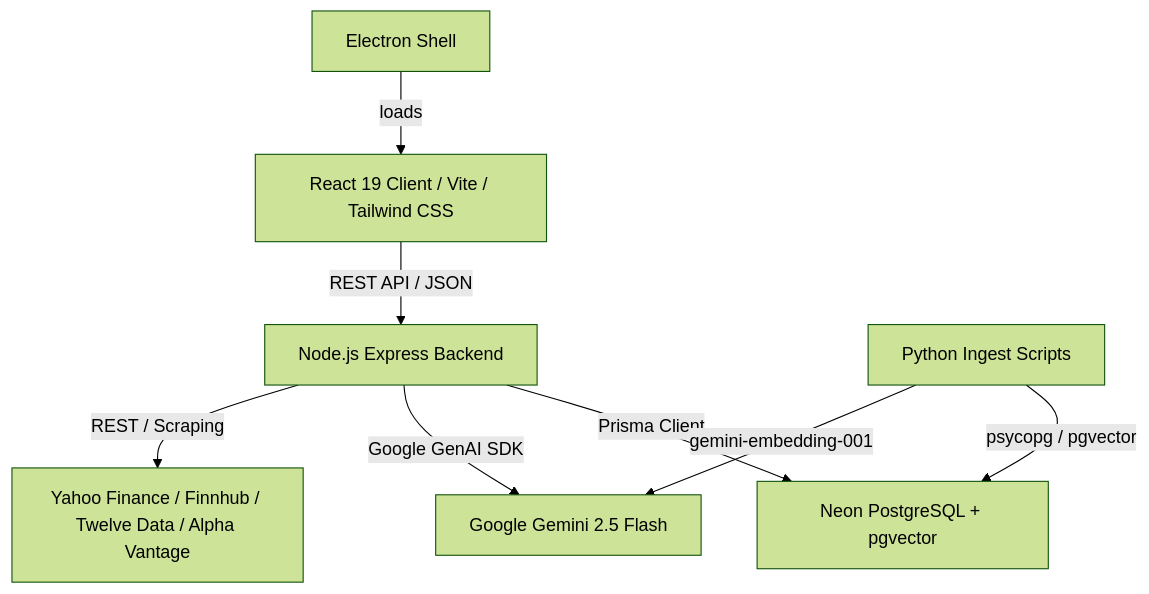
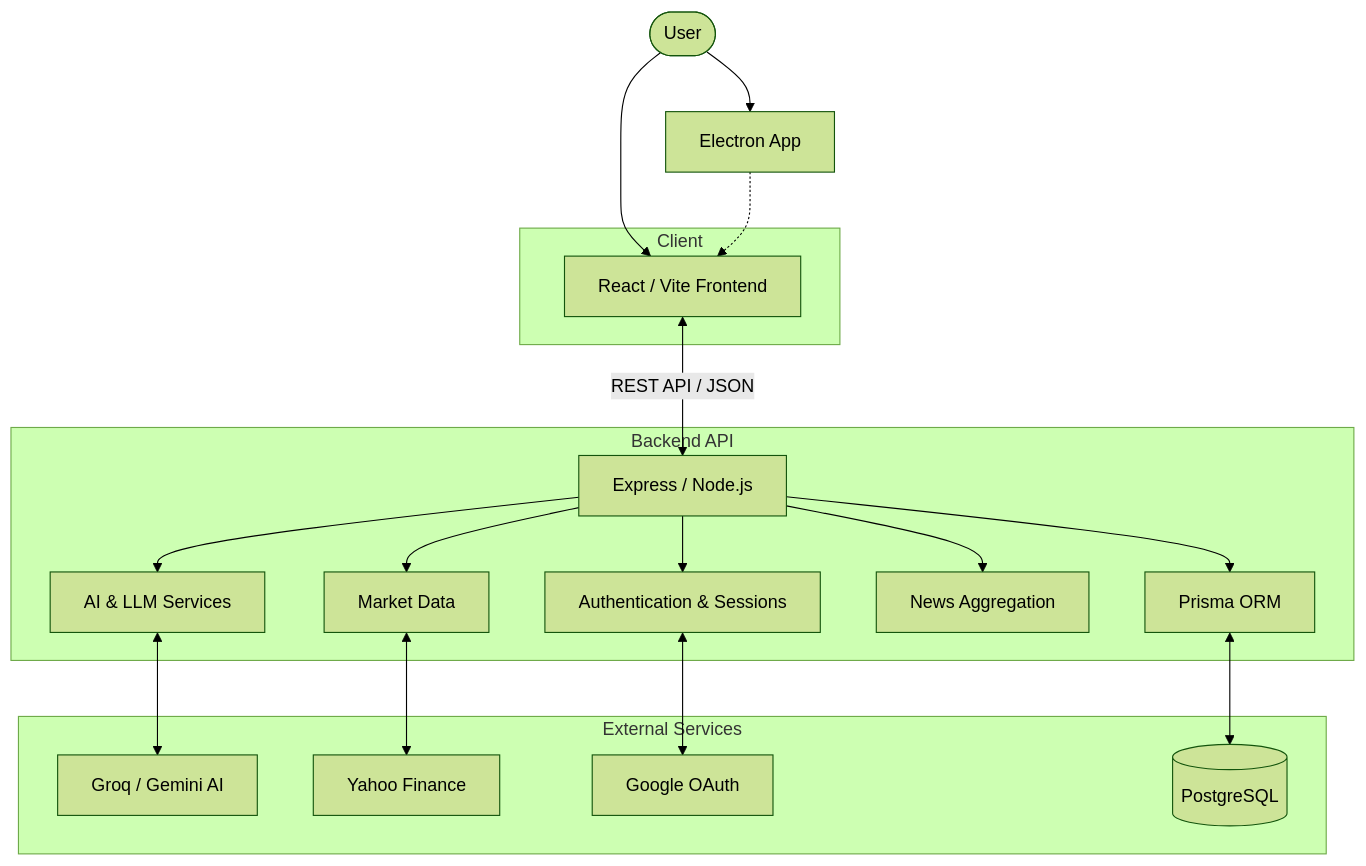
The diagram in README.md (Vans30m/FinPulse-AI), drawn with Mermaid (forest theme) before and after one commit. The commit also changed other lines of this file, not shown here.

````diff
--- a/README.md
+++ b/README.md
@@ -49,10 +35,33 @@
 ```mermaid
 graph TD
-    A[React 19 Client / Vite / Tailwind CSS] -->|REST API / JSON| B[Node.js Express Backend]
-    B -->|Prisma Client| C[Neon PostgreSQL + pgvector]
-    B -->|Google GenAI SDK| D[Google Gemini 2.5 Flash]
-    B -->|REST / Scraping| E[Yahoo Finance / Finnhub / Twelve Data / Alpha Vantage]
-    F[Python Ingest Scripts] -->|psycopg / pgvector| C
-    F -->|gemini-embedding-001| D
-    G[Electron Shell] -->|loads| A
+    User([User]) --> Frontend
+    User --> Desktop[Electron App]
+    Desktop -.-> Frontend
+    
+    subgraph Client
+        Frontend[React / Vite Frontend]
+    end
+    
+    subgraph Backend API
+        API[Express / Node.js]
+        API --> Auth[Authentication & Sessions]
+        API --> AI_R[AI & LLM Services]
+        API --> MD[Market Data]
+        API --> News_R[News Aggregation]
+        API --> DB_Layer[Prisma ORM]
+    end
+    
+    Frontend <-->|REST API / JSON| API
+    
+    subgraph External Services
+        Groq[Groq / Gemini AI]
+        YF[Yahoo Finance]
+        OAuth[Google OAuth]
+        DB[(PostgreSQL)]
+    end
+    
+    AI_R <--> Groq
+    MD <--> YF
+    Auth <--> OAuth
+    DB_Layer <--> DB
 ```
````
